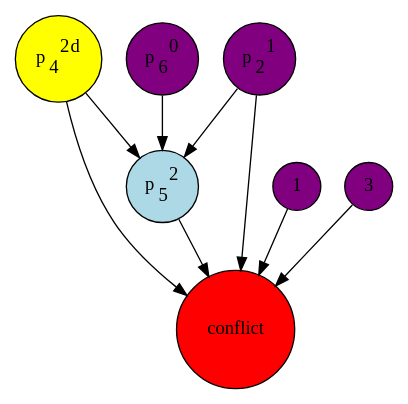
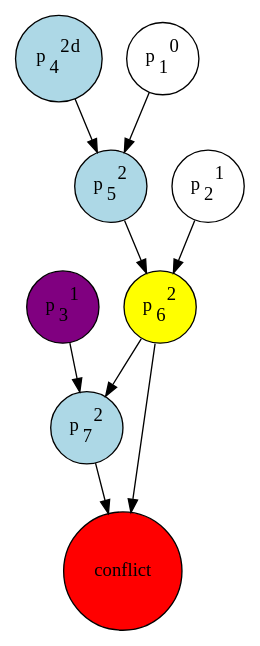
Before and after one commit to NicolasDerumigny/Project2-SAT-Solver: the diagram in Rendu3/graph.dot, drawn with Graphviz. The commit also changed 5 other files, not shown here.

Commit message:
debug graph labels

```diff
--- a/Rendu3/graph.dot
+++ b/Rendu3/graph.dot
@@ -1,22 +1,24 @@
 digraph conflict {
 node [style="filled,rounded",shape=circle,fillcolor=white];
 4 [label=<p<SUB>4</SUB><SUP>2</SUP><SUP>d</SUP>>,fillcolor=lightblue];
 5 [label=<p<SUB>5</SUB><SUP>2</SUP>>,fillcolor=lightblue];
-6 [label=<p<SUB>6</SUB><SUP>0</SUP>>];
-6 -> 5;
-2 [label=<p<SUB>2</SUB><SUP>1</SUP>>];
-2 -> 5;
+1 [label=<p<SUB>1</SUB><SUP>0</SUP>>];
+1 -> 5;
 4 [label=<p<SUB>4</SUB><SUP>2</SUP><SUP>d</SUP>>];
 4 -> 5;
-1 [fillcolor=purple];
-2 [fillcolor=purple];
+6 [label=<p<SUB>6</SUB><SUP>2</SUP>>,fillcolor=lightblue];
+2 [label=<p<SUB>2</SUB><SUP>1</SUP>>];
+2 -> 6;
+5 [label=<p<SUB>5</SUB><SUP>2</SUP>>];
+5 -> 6;
+7 [label=<p<SUB>7</SUB><SUP>2</SUP>>,fillcolor=lightblue];
+3 [label=<p<SUB>3</SUB><SUP>1</SUP>>];
+3 -> 7;
+6 [label=<p<SUB>6</SUB><SUP>2</SUP>>];
+6 -> 7;
+6 [fillcolor=yellow];
 3 [fillcolor=purple];
-4 [fillcolor=yellow];
-6 [fillcolor=purple];
 conflict [fillcolor=red];
-1 -> conflict;
-2 -> conflict;
-3 -> conflict;
-4 -> conflict;
-5 -> conflict;
+6 -> conflict;
+7 -> conflict;
 }
```
